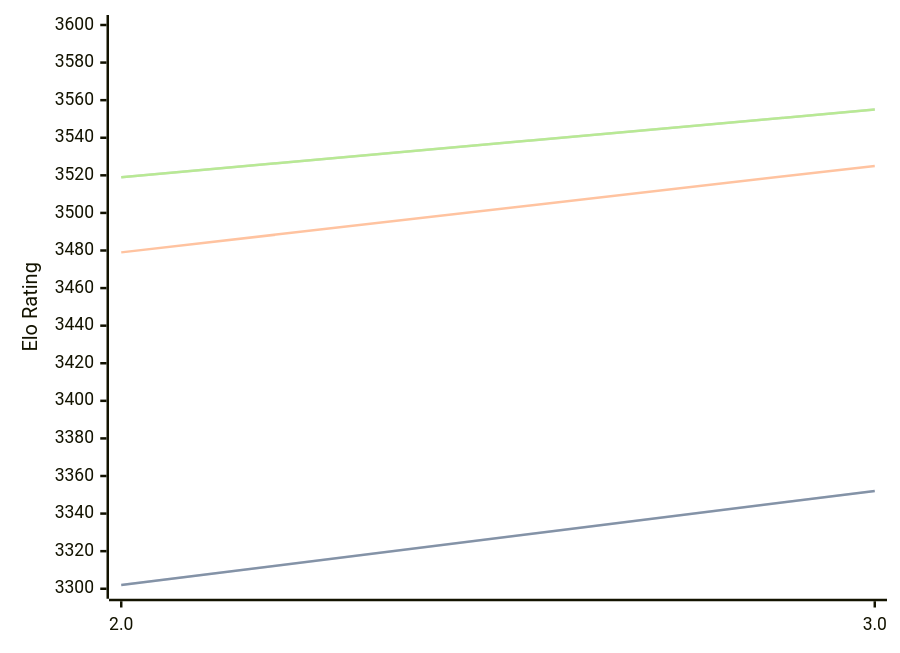
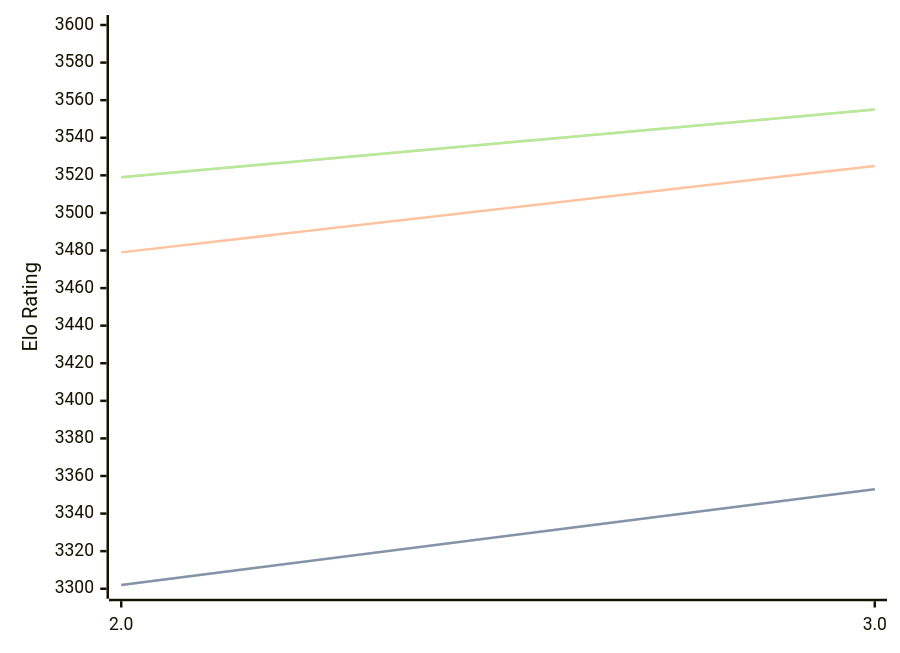
Before and after one commit to computer-chess-index/cci: the diagram in engines/Quanticade.md, drawn with Mermaid. The commit also changed other lines of this file, not shown here.

````diff
--- a/engines/Quanticade.md
+++ b/engines/Quanticade.md
@@ -32,11 +32,11 @@
 ```mermaid
 %%{init: {"theme":"base","themeVariables":{"seriesColors:['#a3a3a3','#222221','#faa371']}}}%%
 xychart-beta
   x-axis ["2.0", "3.0"]
   y-axis "Elo Rating" 3300 --> 3600
-  line "" [3302, 3352]
-  line "STC (8.0+0.08s)" [3302, 3352]
+  line "" [3302, 3353]
+  line "STC (8.0+0.08s)" [3302, 3353]
   line "LTC (60.0+0.60s)" [3479, 3525]
   line "" [3519, 3555]
   line "VLTC (2m24s+1.12s)" [3519, 3555]
 ```
````
